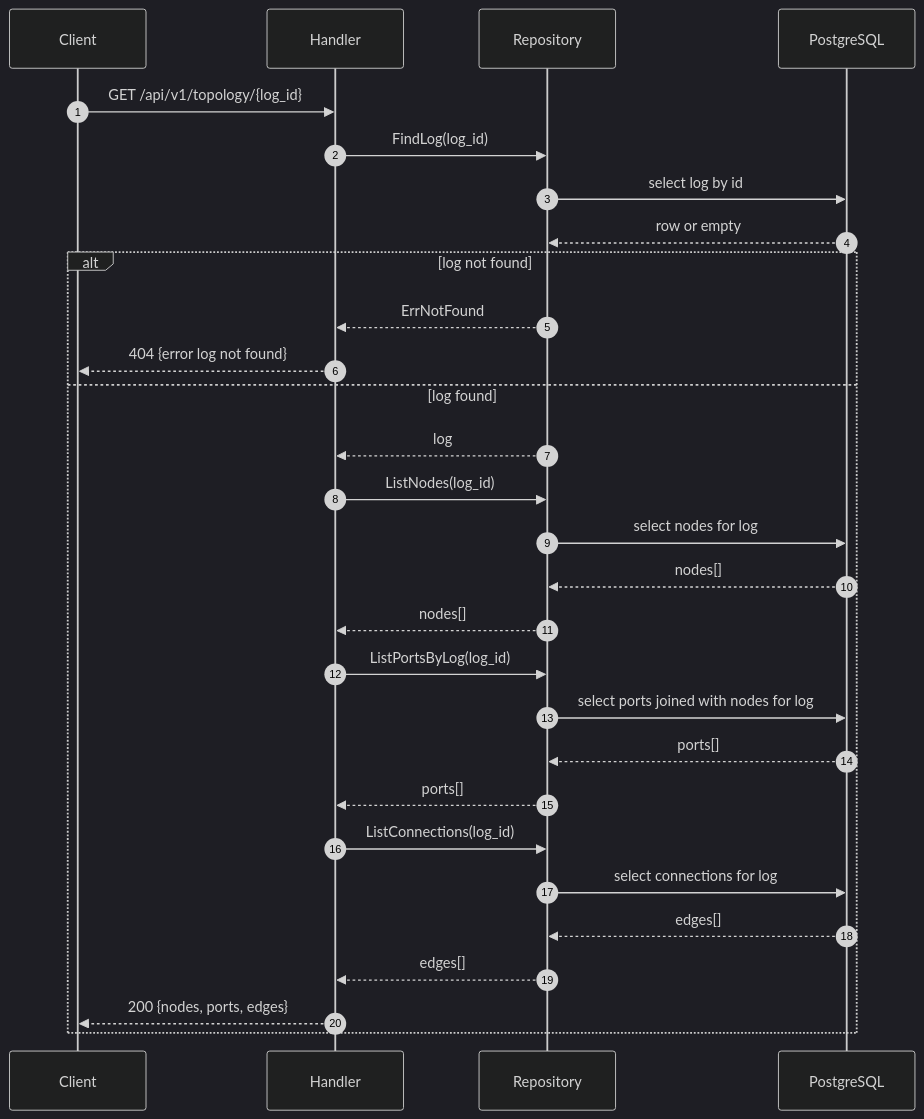
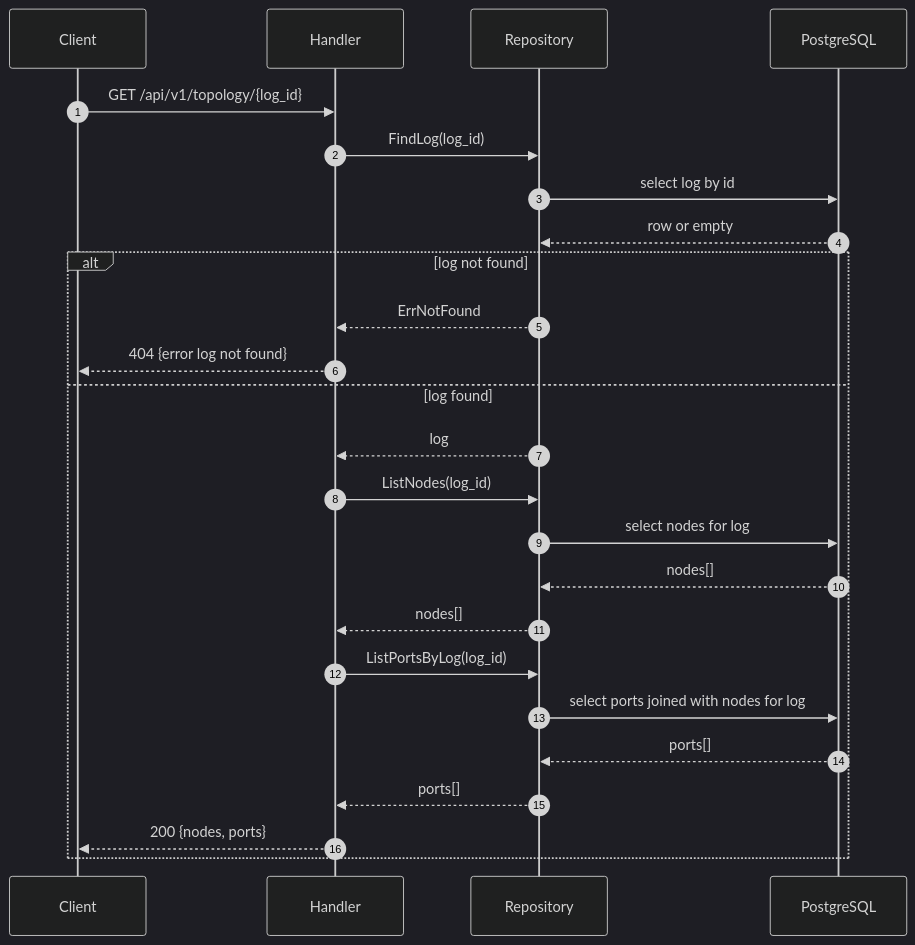
The fourth of 8 diagrams in docs/sequences.md (6ermvH/log-parser), drawn with Mermaid (dark theme) before and after one commit. The commit also changed 2 other files, not shown here.

Commit message:
docs(c3-components, erd, sequences): remove connections entity

````diff
--- a/docs/sequences.md
+++ b/docs/sequences.md
@@ -89,37 +89,32 @@
 ```mermaid
 sequenceDiagram
     autonumber
     participant C as Client
     participant H as Handler
     participant R as Repository
     participant DB as PostgreSQL
 
     C->>H: GET /api/v1/topology/{log_id}
     H->>R: FindLog(log_id)
     R->>DB: select log by id
     DB-->>R: row or empty
 
     alt log not found
         R-->>H: ErrNotFound
         H-->>C: 404 {error log not found}
     else log found
         R-->>H: log
 
         H->>R: ListNodes(log_id)
         R->>DB: select nodes for log
         DB-->>R: nodes[]
         R-->>H: nodes[]
 
         H->>R: ListPortsByLog(log_id)
         R->>DB: select ports joined with nodes for log
         DB-->>R: ports[]
         R-->>H: ports[]
 
-        H->>R: ListConnections(log_id)
-        R->>DB: select connections for log
-        DB-->>R: edges[]
-        R-->>H: edges[]
-
-        H-->>C: 200 {nodes, ports, edges}
+        H-->>C: 200 {nodes, ports}
     end
 ```
````
